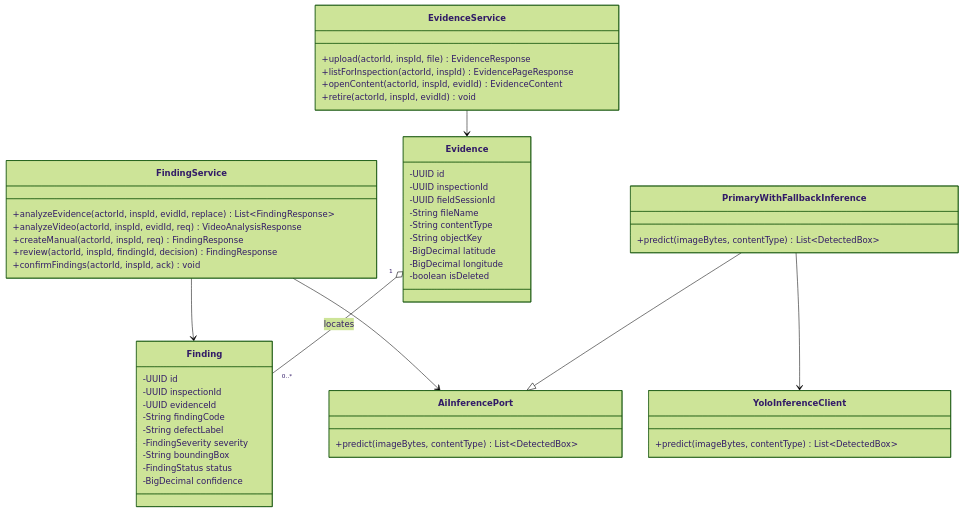
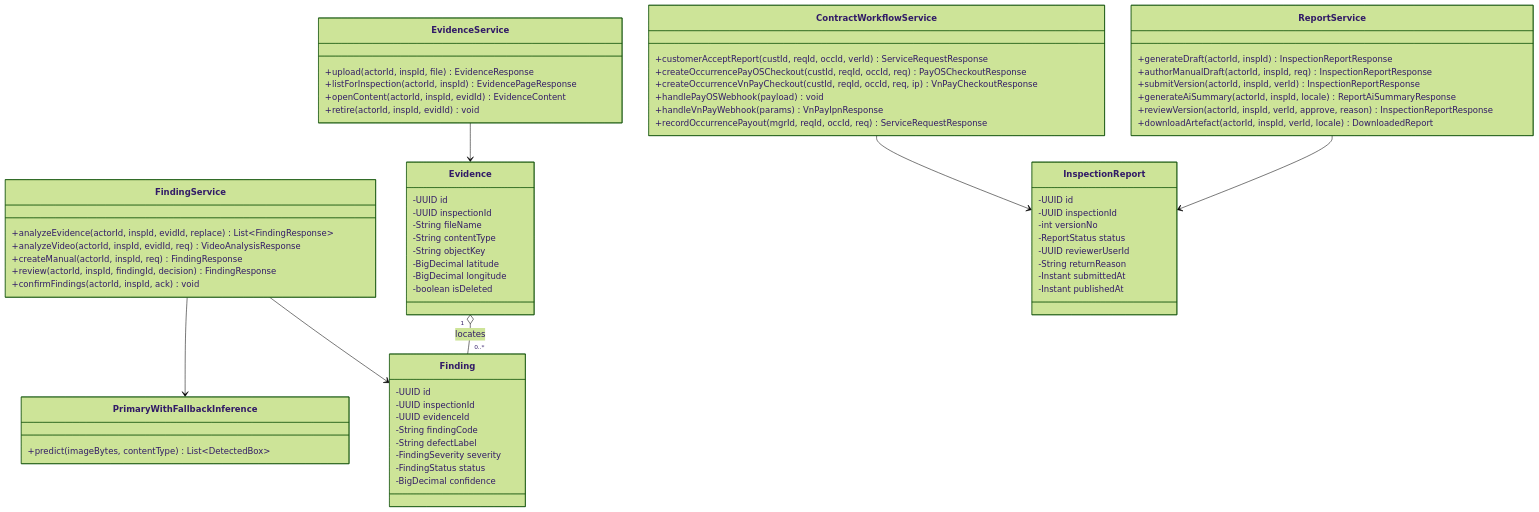
One commit to tungbach12/SmartDroneInspection-Docs changed diagram 17 of 26 in reports/report-4-software-design-document/03-detailed-design.md. Above: the diagram before and after it, drawn with Mermaid (forest theme). The commit also changed other lines of this file and 94 other files, not shown here.

````diff
--- a/reports/report-4-software-design-document/03-detailed-design.md
+++ b/reports/report-4-software-design-document/03-detailed-design.md
@@ -680,54 +817,72 @@
 ```mermaid
-%% title: FE-06 Evidence Intake, AI Defect Detection and Finding Confirmation Class Diagram
+%% title: FE-06 Evidence, AI Defect Detection, Inspection Report and Payment Class Diagram
 classDiagram
   class EvidenceService {
     +upload(actorId, inspId, file) EvidenceResponse
     +listForInspection(actorId, inspId) EvidencePageResponse
     +openContent(actorId, inspId, evidId) EvidenceContent
     +retire(actorId, inspId, evidId) void
   }
   class FindingService {
     +analyzeEvidence(actorId, inspId, evidId, replace) List~FindingResponse~
     +analyzeVideo(actorId, inspId, evidId, req) VideoAnalysisResponse
     +createManual(actorId, inspId, req) FindingResponse
     +review(actorId, inspId, findingId, decision) FindingResponse
     +confirmFindings(actorId, inspId, ack) void
   }
-  class AiInferencePort {
-    +predict(imageBytes, contentType) List~DetectedBox~
-  }
   class PrimaryWithFallbackInference {
     +predict(imageBytes, contentType) List~DetectedBox~
   }
-  class YoloInferenceClient {
-    +predict(imageBytes, contentType) List~DetectedBox~
+  class ReportService {
+    +generateDraft(actorId, inspId) InspectionReportResponse
+    +authorManualDraft(actorId, inspId, req) InspectionReportResponse
+    +submitVersion(actorId, inspId, verId) InspectionReportResponse
+    +generateAiSummary(actorId, inspId, locale) ReportAiSummaryResponse
+    +reviewVersion(actorId, inspId, verId, approve, reason) InspectionReportResponse
+    +downloadArtefact(actorId, inspId, verId, locale) DownloadedReport
+  }
+  class ContractWorkflowService {
+    +customerAcceptReport(custId, reqId, occId, verId) ServiceRequestResponse
+    +createOccurrencePayOSCheckout(custId, reqId, occId, req) PayOSCheckoutResponse
+    +createOccurrenceVnPayCheckout(custId, reqId, occId, req, ip) VnPayCheckoutResponse
+    +handlePayOSWebhook(payload) void
+    +handleVnPayWebhook(params) VnPayIpnResponse
+    +recordOccurrencePayout(mgrId, reqId, occId, req) ServiceRequestResponse
   }
   class Evidence {
     -UUID id
     -UUID inspectionId
-    -UUID fieldSessionId
     -String fileName
     -String contentType
     -String objectKey
     -BigDecimal latitude
     -BigDecimal longitude
     -boolean isDeleted
   }
   class Finding {
     -UUID id
     -UUID inspectionId
     -UUID evidenceId
     -String findingCode
     -String defectLabel
     -FindingSeverity severity
-    -String boundingBox
     -FindingStatus status
     -BigDecimal confidence
   }
+  class InspectionReport {
+    -UUID id
+    -UUID inspectionId
+    -int versionNo
+    -ReportStatus status
+    -UUID reviewerUserId
+    -String returnReason
+    -Instant submittedAt
+    -Instant publishedAt
+  }
   EvidenceService --> Evidence
   FindingService --> Finding
-  FindingService --> AiInferencePort
-  PrimaryWithFallbackInference --|> AiInferencePort
-  PrimaryWithFallbackInference --> YoloInferenceClient
+  FindingService --> PrimaryWithFallbackInference
+  ReportService --> InspectionReport
+  ContractWorkflowService --> InspectionReport
   Evidence "1" o-- "0..*" Finding : locates
 ```
````
